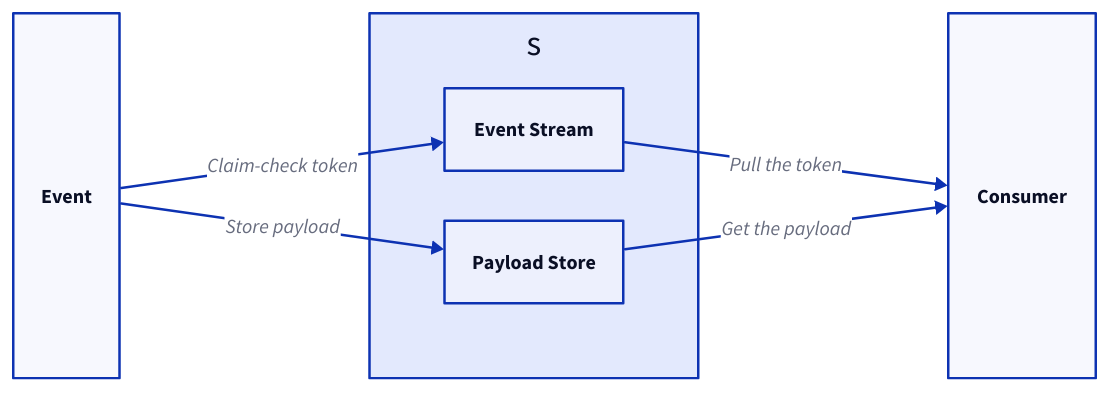
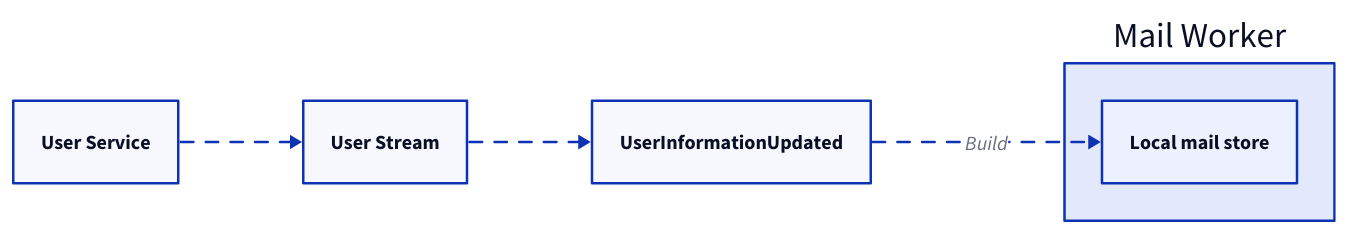
Before and after one commit to link1905/system-design-101: the ninth of 11 diagrams in content/docs/design-patterns/distributed-job-patterns.md, drawn with D2. The commit also changed other lines of this file and 12 other files, not shown here.

````diff
--- a/content/docs/design-patterns/distributed-job-patterns.md
+++ b/content/docs/design-patterns/distributed-job-patterns.md
@@ -281,24 +290,26 @@
 ```d2
-grid-rows: 1
-horizontal-gap: 200
-m: Event {
+direction: right
+us: User Service {
+    class: server
+}
+e: User Stream {
+    class: mq
+}
+u: UserInformationUpdated {
     class: msg
 }
-s {
-    class: none
-    grid-columns: 1
-    e: Event Stream {
-        class: mq
-    }
-    s: Payload Store {
+m: Mail Worker {
+    m: Local mail store {
         class: db
     }
 }
-c: Consumer {
-    class: process
+us -> e {
+    style.animated: true
 }
-m -> s.e: Claim-check token
-m -> s.s: Store payload
-c <- s.e: Pull the token
-c <- s.s: Get the payload
+e -> u {
+    style.animated: true
+}
+u -> m.m: Build {
+    style.animated: true
+}
 ```
````
